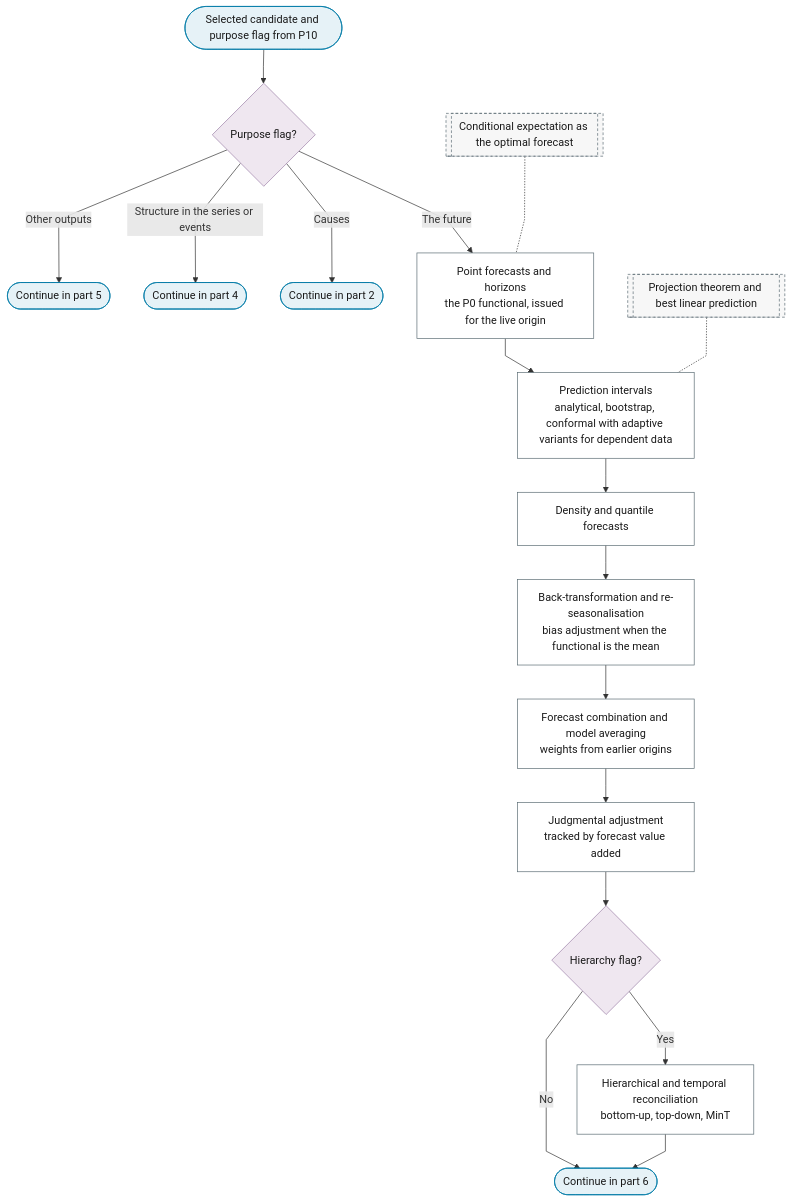
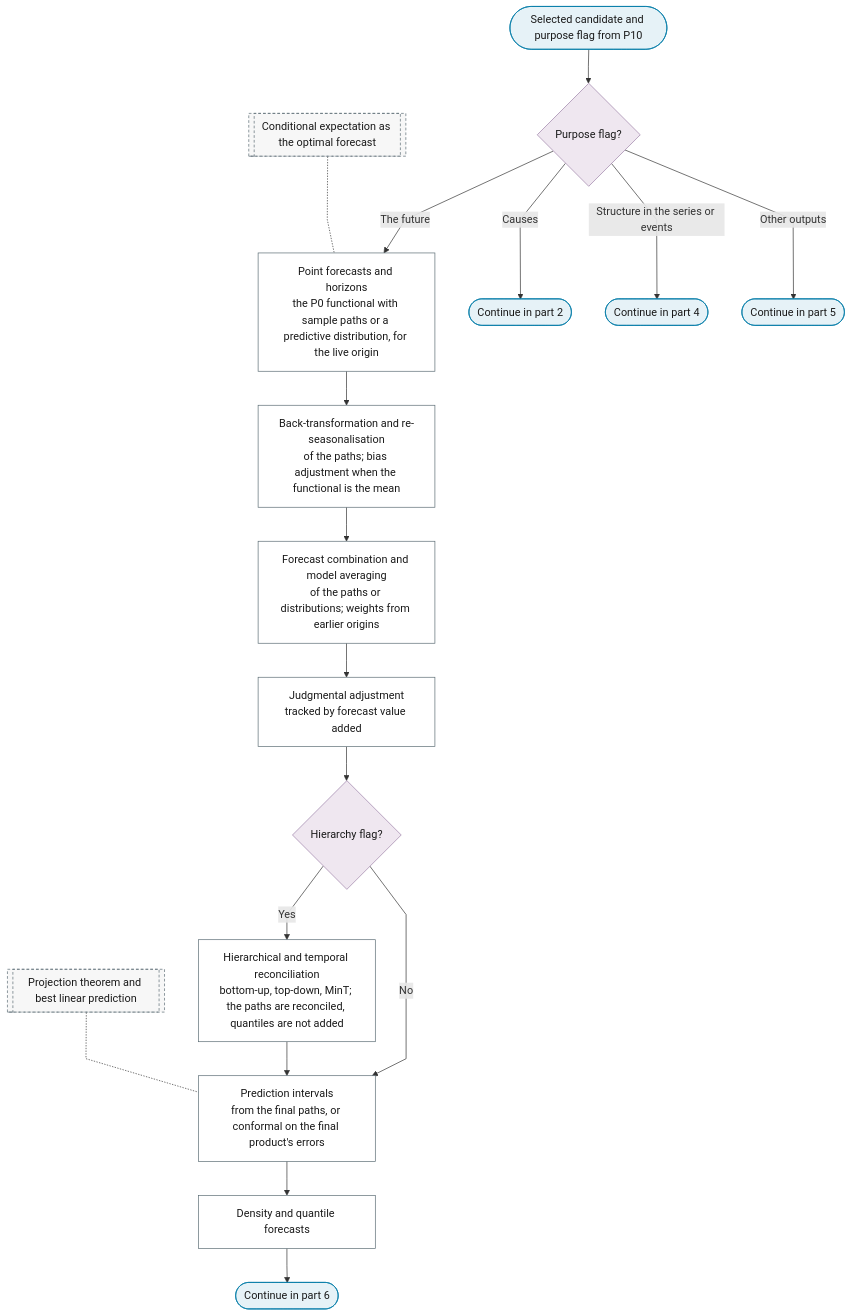
Before and after one commit to Shuxin-Y/time-series-analysis-manual: the first of 6 diagrams in docs/01-workflow/p11-inference.md, drawn with Mermaid. The commit also changed other lines of this file and 2 other files, not shown here.

Commit message:
fix(p11): intervals and quantiles are derived from the final paths
Back-transformation, combination, judgmental adjustment and
reconciliation now act on sample paths or predictive distributions, and
intervals and quantiles come last; before, the issued interval belonged
to one base model's forecast and surrounded a different centre. P10's
product label and the forecasting chart follow the same order.

````diff
--- a/docs/01-workflow/p11-inference.md
+++ b/docs/01-workflow/p11-inference.md
@@ -11,32 +11,32 @@
 ```mermaid
 %%{init: {"flowchart": {"curve": "linear"}}}%%
 graph TD
     P11_IN(["Selected candidate and purpose flag from P10"]) --> P11_PURPOSE{"Purpose flag?"}
-    P11_PURPOSE -->|"The future"| P11_POINT_FORECASTS["Point forecasts and horizons<br/>the P0 functional, issued for the live origin"]
+    P11_PURPOSE -->|"The future"| P11_POINT_FORECASTS["Point forecasts and horizons<br/>the P0 functional with sample paths or a predictive distribution, for the live origin"]
     P11_PURPOSE -->|"Causes"| P11_TO_PART_2(["Continue in part 2"])
     P11_PURPOSE -->|"Structure in the series or events"| P11_TO_PART_4(["Continue in part 4"])
     P11_PURPOSE -->|"Other outputs"| P11_TO_PART_5(["Continue in part 5"])
-    P11_POINT_FORECASTS --> P11_INTERVALS["Prediction intervals<br/>analytical, bootstrap, conformal with adaptive variants for dependent data"]
-    P11_INTERVALS --> P11_DENSITY_QUANTILE["Density and quantile forecasts"]
-    P11_DENSITY_QUANTILE --> P11_BACK_TRANSFORM["Back-transformation and re-seasonalisation<br/>bias adjustment when the functional is the mean"]
-    P11_BACK_TRANSFORM --> P11_COMBINATION["Forecast combination and model averaging<br/>weights from earlier origins"]
+    P11_POINT_FORECASTS --> P11_BACK_TRANSFORM["Back-transformation and re-seasonalisation<br/>of the paths; bias adjustment when the functional is the mean"]
+    P11_BACK_TRANSFORM --> P11_COMBINATION["Forecast combination and model averaging<br/>of the paths or distributions; weights from earlier origins"]
     P11_COMBINATION --> P11_JUDGMENTAL["Judgmental adjustment<br/>tracked by forecast value added"]
     P11_JUDGMENTAL --> P11_HIERARCHY{"Hierarchy flag?"}
-    P11_HIERARCHY -->|"Yes"| P11_RECONCILIATION["Hierarchical and temporal reconciliation<br/>bottom-up, top-down, MinT"]
-    P11_HIERARCHY -->|"No"| P11_FC_TO_PART_6
-    P11_RECONCILIATION --> P11_FC_TO_PART_6(["Continue in part 6"])
+    P11_HIERARCHY -->|"Yes"| P11_RECONCILIATION["Hierarchical and temporal reconciliation<br/>bottom-up, top-down, MinT; the paths are reconciled, quantiles are not added"]
+    P11_HIERARCHY -->|"No"| P11_INTERVALS
+    P11_RECONCILIATION --> P11_INTERVALS["Prediction intervals<br/>from the final paths, or conformal on the final product's errors"]
+    P11_INTERVALS --> P11_DENSITY_QUANTILE["Density and quantile forecasts"]
+    P11_DENSITY_QUANTILE --> P11_FC_TO_PART_6(["Continue in part 6"])
     F_CONDITIONAL_EXPECTATION[["Conditional expectation as the optimal forecast"]] -.- P11_POINT_FORECASTS
     F_PROJECTION[["Projection theorem and best linear prediction"]] -.- P11_INTERVALS
     class P11_IN,P11_TO_PART_2,P11_TO_PART_4,P11_TO_PART_5,P11_FC_TO_PART_6 terminator
     class P11_PURPOSE,P11_HIERARCHY decision
     class P11_POINT_FORECASTS,P11_INTERVALS,P11_DENSITY_QUANTILE,P11_BACK_TRANSFORM,P11_COMBINATION,P11_JUDGMENTAL,P11_RECONCILIATION process
     class F_CONDITIONAL_EXPECTATION,F_PROJECTION ref
     classDef terminator fill:#E6F2F7,stroke:#007BA7,color:#1A1A1A;
     classDef process fill:#FFFFFF,stroke:#5A6B73,color:#1A1A1A;
     classDef decision fill:#EFE7F0,stroke:#9B7FA7,color:#1A1A1A;
     classDef data fill:#FFF4E0,stroke:#C9A55E,color:#1A1A1A;
     classDef good fill:#DCEFD8,stroke:#4A7A3F,color:#1A1A1A;
     classDef escalate fill:#FFE9C2,stroke:#C9A55E,color:#1A1A1A;
     classDef problem fill:#F2D9DE,stroke:#800020,color:#1A1A1A;
     classDef ref fill:#F7F7F7,stroke:#5A6B73,color:#1A1A1A,stroke-dasharray:4 3;
 ```
````
